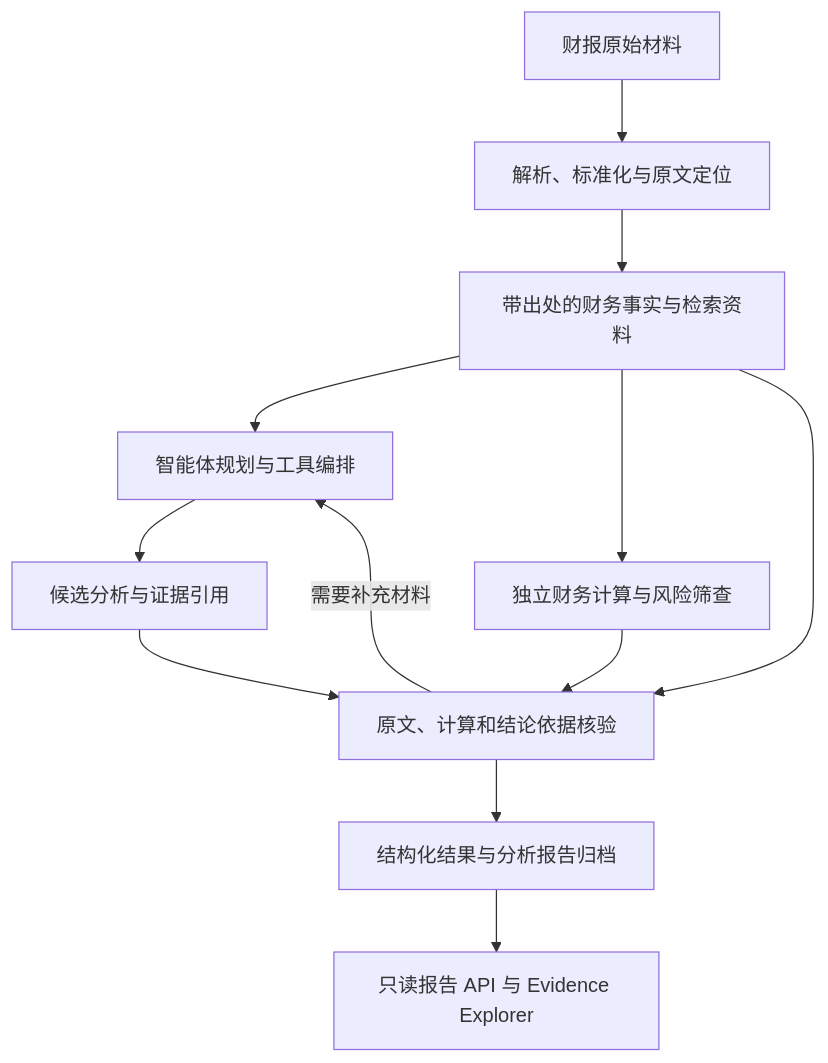
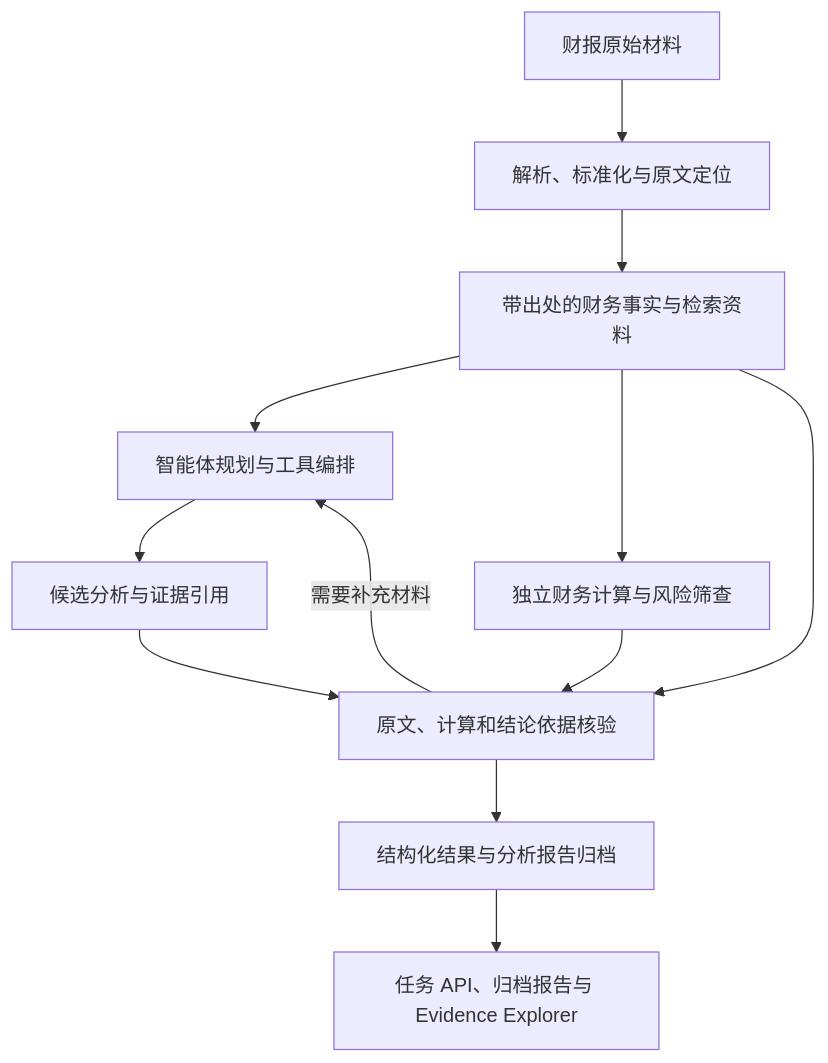
One commit to Waterfak3r/financial-ai-competition changed the diagram in docs/architecture.md. Above: the diagram before and after it, drawn with Mermaid. The commit also changed other lines of this file and 47 other files, not shown here.

````diff
--- a/docs/architecture.md
+++ b/docs/architecture.md
@@ -27,14 +27,14 @@
 ```mermaid
 flowchart TD
     A["财报原始材料"] --> B["解析、标准化与原文定位"]
     B --> C["带出处的财务事实与检索资料"]
     C --> D["智能体规划与工具编排"]
     C --> E["独立财务计算与风险筛查"]
     D --> F["候选分析与证据引用"]
     F --> G["原文、计算和结论依据核验"]
     E --> G
     C --> G
     G --> H["结构化结果与分析报告归档"]
     G -->|需要补充材料| D
-    H --> I["只读报告 API 与 Evidence Explorer"]
+    H --> I["任务 API、归档报告与 Evidence Explorer"]
 ```
````
